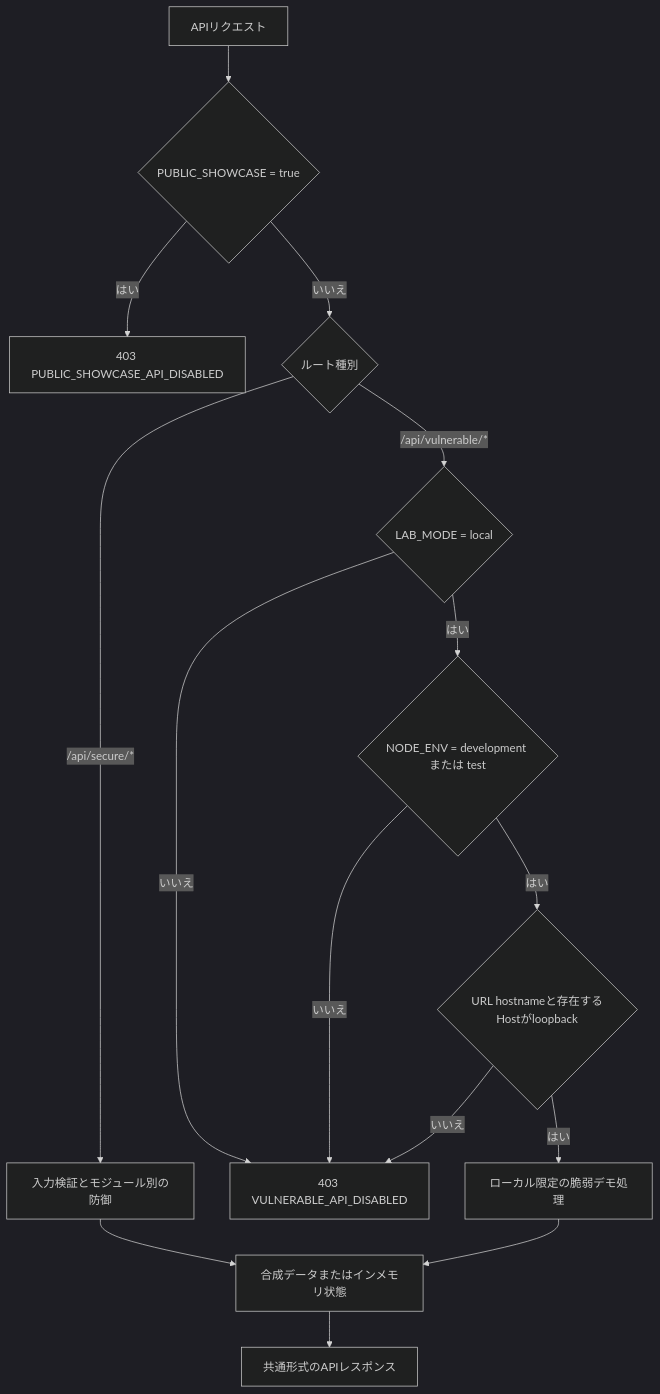
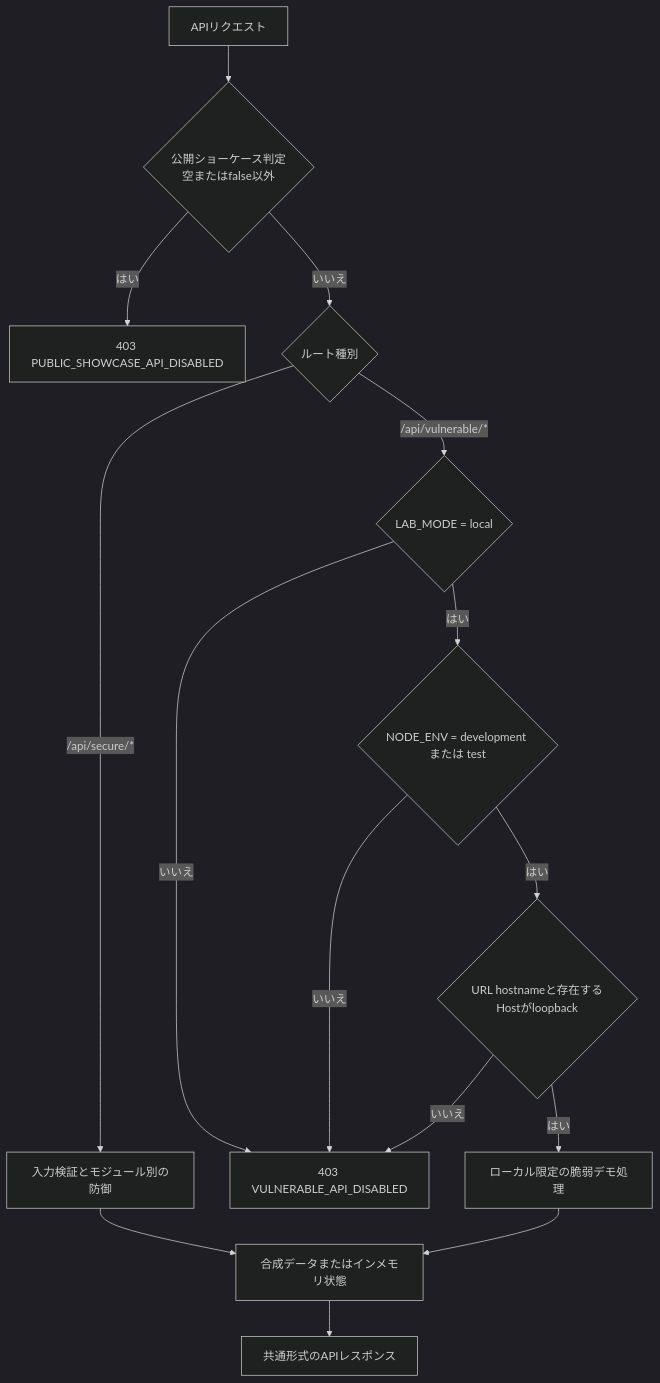
One commit to kiryu1211/api-security-lab-platform changed the fifth of 8 diagrams in docs/design.ja.md. Above: the diagram before and after it, drawn with Mermaid (dark theme). The commit also changed other lines of this file and 22 other files, not shown here.

````diff
--- a/docs/design.ja.md
+++ b/docs/design.ja.md
@@ -166,18 +167,18 @@
 ```mermaid
 flowchart TD
-    Request["APIリクエスト"] --> PublicShowcase{"PUBLIC_SHOWCASE = true"}
+    Request["APIリクエスト"] --> PublicShowcase{"公開ショーケース判定<br/>空またはfalse以外"}
     PublicShowcase -- "はい" --> PublicDisabled["403 PUBLIC_SHOWCASE_API_DISABLED"]
     PublicShowcase -- "いいえ" --> Route{"ルート種別"}
     Route -- "/api/secure/*" --> SecureChecks["入力検証とモジュール別の防御"]
     SecureChecks --> SyntheticData["合成データまたはインメモリ状態"]
     SyntheticData --> Response["共通形式のAPIレスポンス"]
 
     Route -- "/api/vulnerable/*" --> LocalMode{"LAB_MODE = local"}
     LocalMode -- "いいえ" --> Disabled["403 VULNERABLE_API_DISABLED"]
     LocalMode -- "はい" --> Runtime{"NODE_ENV = development または test"}
     Runtime -- "いいえ" --> Disabled
     Runtime -- "はい" --> Loopback{"URL hostnameと存在するHostがloopback"}
     Loopback -- "いいえ" --> Disabled
     Loopback -- "はい" --> VulnerableDemo["ローカル限定の脆弱デモ処理"]
     VulnerableDemo --> SyntheticData
 ```
````
